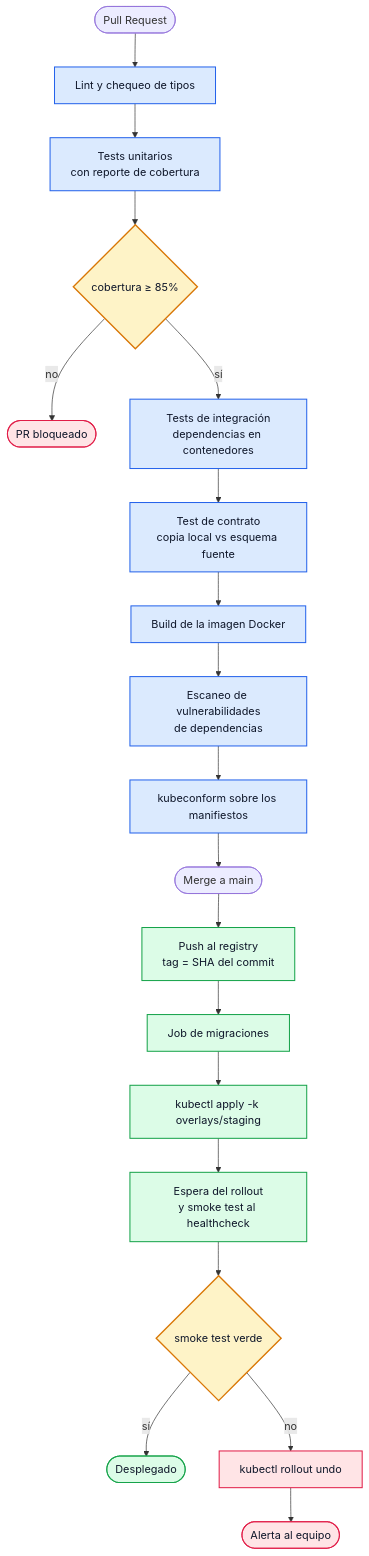
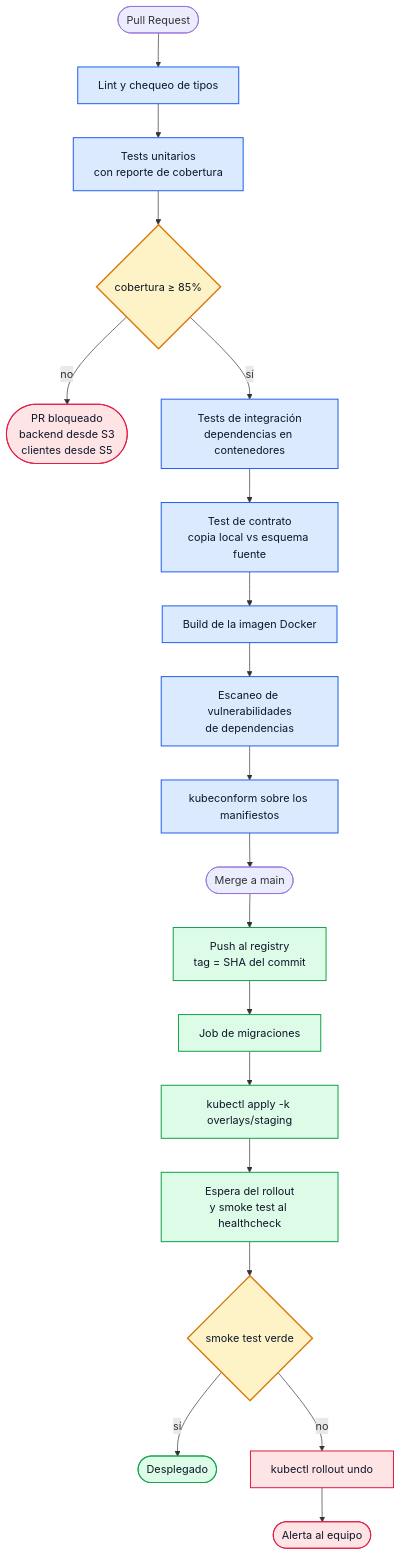
The fifth of 7 diagrams in docs/ARQUITECTURA.md (tds-g3-2s2026/udesa-x-platform), drawn with Mermaid before and after one commit. The commit also changed other lines of this file and 19 other files, not shown here.

````diff
--- a/docs/ARQUITECTURA.md
+++ b/docs/ARQUITECTURA.md
@@ -573,31 +619,31 @@
 ```mermaid
 flowchart TD
     PR(["Pull Request"]) --> L["Lint y chequeo de tipos"]
     L --> UT["Tests unitarios<br/>con reporte de cobertura"]
     UT --> GATE{"cobertura ≥ 85%"}
-    GATE -->|no| FAIL(["PR bloqueado"])
+    GATE -->|no| FAIL(["PR bloqueado<br/>backend desde S3<br/>clientes desde S5"])
     GATE -->|sí| IT["Tests de integración<br/>dependencias en contenedores"]
     IT --> CT["Test de contrato<br/>copia local vs esquema fuente"]
     CT --> IMG["Build de la imagen Docker"]
     IMG --> SCAN["Escaneo de vulnerabilidades<br/>de dependencias"]
     SCAN --> KC["kubeconform sobre los manifiestos"]
     KC --> MERGE(["Merge a main"])
 
     MERGE --> PUSH["Push al registry<br/>tag = SHA del commit"]
     PUSH --> MIG["Job de migraciones"]
     MIG --> APPLY["kubectl apply -k overlays/staging"]
     APPLY --> WAIT["Espera del rollout<br/>y smoke test al healthcheck"]
     WAIT --> SMOKE{"smoke test verde"}
     SMOKE -->|sí| OK(["Desplegado"])
     SMOKE -->|no| RB["kubectl rollout undo"]
     RB --> ALERT(["Alerta al equipo"])
 
     classDef ci fill:#dbeafe,stroke:#2563eb,stroke-width:1.5px,color:#0f172a
     classDef cd fill:#dcfce7,stroke:#16a34a,stroke-width:1.5px,color:#0f172a
     classDef gate fill:#fef3c7,stroke:#d97706,stroke-width:2px,color:#0f172a
     classDef bad fill:#ffe4e6,stroke:#e11d48,stroke-width:1.5px,color:#0f172a
     class L,UT,IT,CT,IMG,SCAN,KC ci
     class PUSH,MIG,APPLY,WAIT,OK cd
     class GATE,SMOKE gate
     class FAIL,RB,ALERT bad
 ```
````
